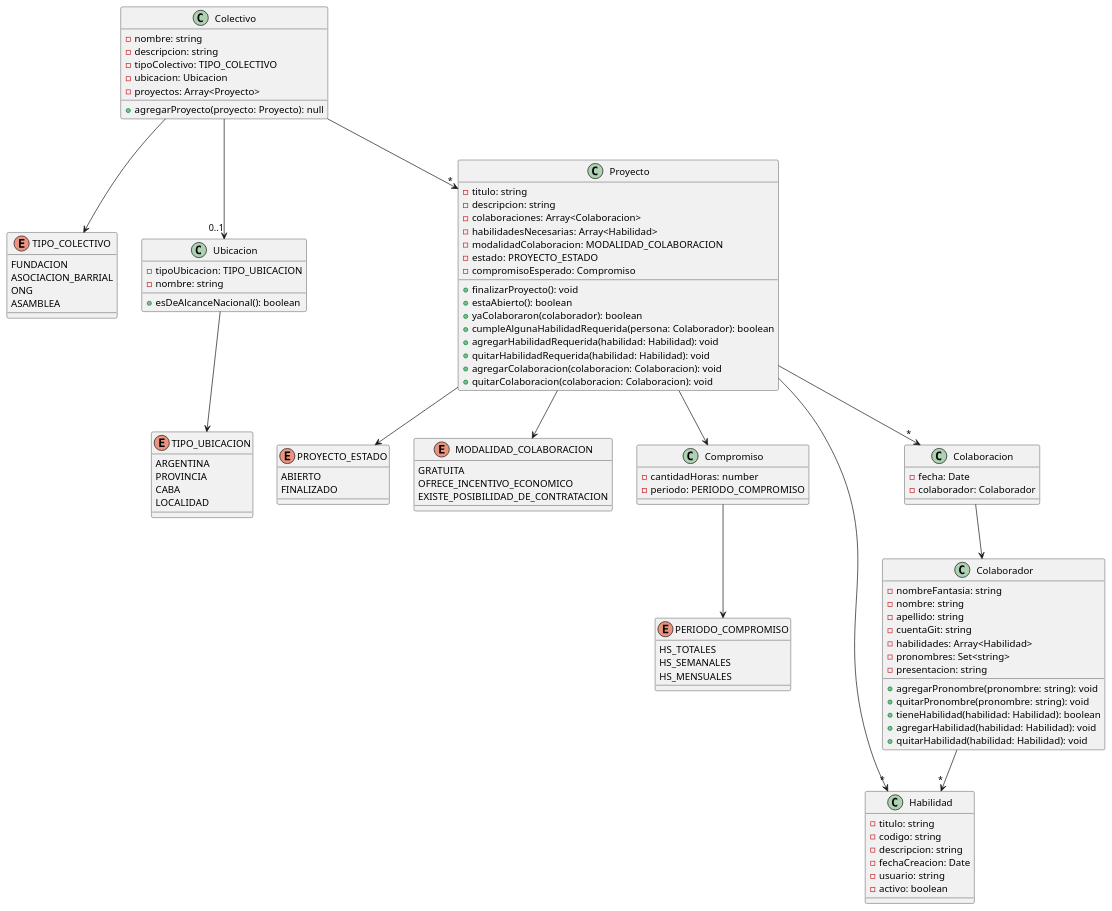
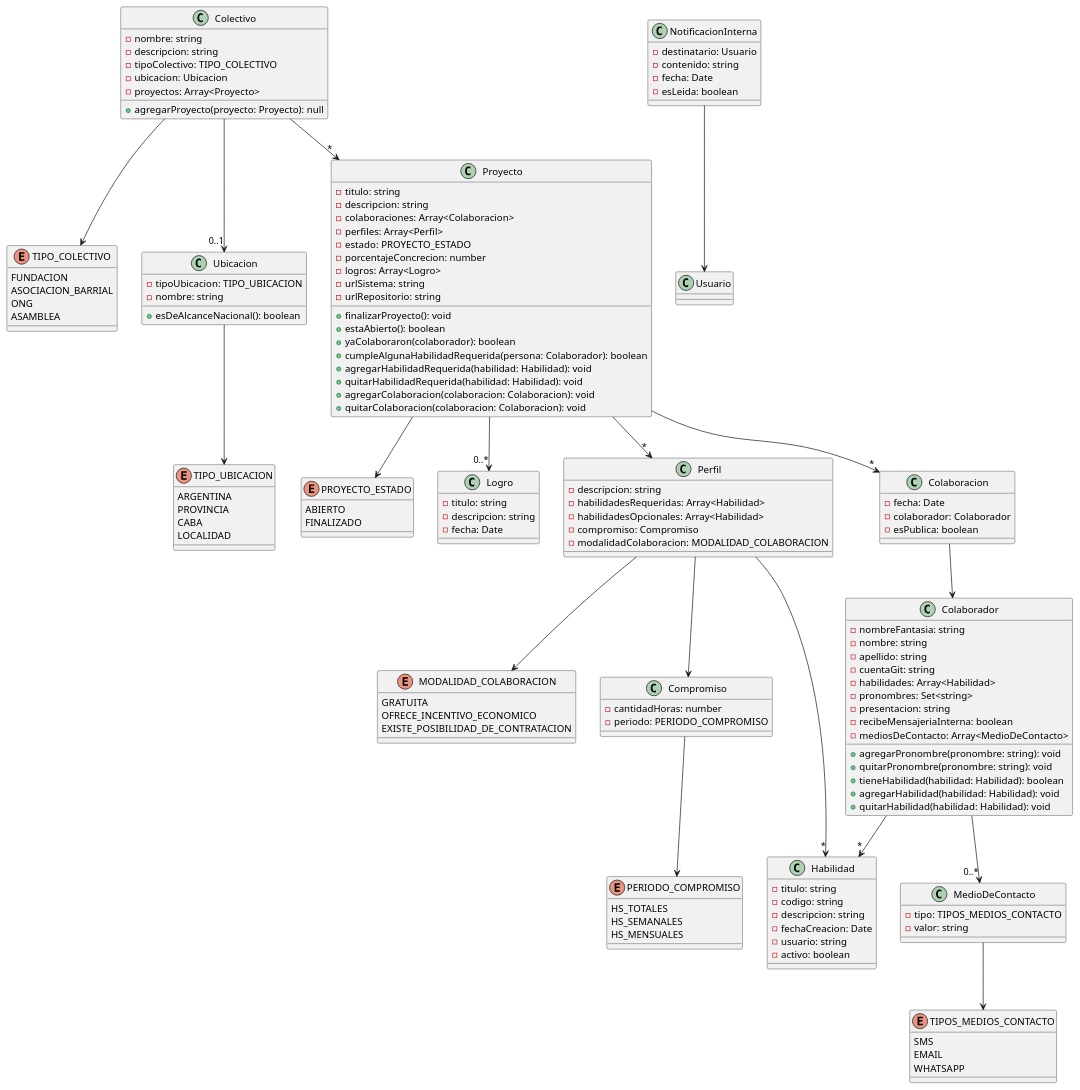
Before and after one commit to Mazzini123/tp-desarrollo-2c-2026: the diagram in diagrama_clases/diagrama_clases.puml, drawn with PlantUML. The commit also changed 26 other files, not shown here.

```diff
--- a/diagrama_clases/diagrama_clases.puml
+++ b/diagrama_clases/diagrama_clases.puml
@@ -1,126 +1,175 @@
 @startuml
 
 ' ───────────────────────── Colectivo y Ubicación ─────────────────────────
 
 class Colectivo {
   -nombre: string
   -descripcion: string
   -tipoColectivo: TIPO_COLECTIVO
   -ubicacion: Ubicacion
   -proyectos: Array<Proyecto>
 
   +agregarProyecto(proyecto: Proyecto): null
 }
 
 enum TIPO_COLECTIVO {
   FUNDACION
   ASOCIACION_BARRIAL
   ONG
   ASAMBLEA
 }
 
 class Ubicacion {
   -tipoUbicacion: TIPO_UBICACION
   -nombre: string
 
   +esDeAlcanceNacional(): boolean
 }
 
 enum TIPO_UBICACION {
   ARGENTINA
   PROVINCIA
   CABA
   LOCALIDAD
 }
 
 Colectivo --> TIPO_COLECTIVO
 Colectivo --> "*" Proyecto
 Colectivo --> "0..1" Ubicacion
 Ubicacion --> TIPO_UBICACION
 
 ' ───────────────────────── Proyecto y Compromiso ─────────────────────────
 
 class Proyecto {
   -titulo: string
   -descripcion: string
   -colaboraciones: Array<Colaboracion>
-  -habilidadesNecesarias: Array<Habilidad>
-  -modalidadColaboracion: MODALIDAD_COLABORACION
+  -perfiles: Array<Perfil>
   -estado: PROYECTO_ESTADO
-  -compromisoEsperado: Compromiso
+  -porcentajeConcrecion: number
+  -logros: Array<Logro>
+  -urlSistema: string
+  -urlRepositorio: string
 
   +finalizarProyecto(): void
   +estaAbierto(): boolean
   +yaColaboraron(colaborador): boolean
   +cumpleAlgunaHabilidadRequerida(persona: Colaborador): boolean
   +agregarHabilidadRequerida(habilidad: Habilidad): void
   +quitarHabilidadRequerida(habilidad: Habilidad): void
   +agregarColaboracion(colaboracion: Colaboracion): void
   +quitarColaboracion(colaboracion: Colaboracion): void
 }
 
 enum PROYECTO_ESTADO {
   ABIERTO
   FINALIZADO
 }
 
 enum MODALIDAD_COLABORACION {
   GRATUITA
   OFRECE_INCENTIVO_ECONOMICO
   EXISTE_POSIBILIDAD_DE_CONTRATACION
 }
 
+class Logro {
+  -titulo: string
+  -descripcion: string
+  -fecha: Date
+
+}
+
 class Compromiso {
   -cantidadHoras: number
   -periodo: PERIODO_COMPROMISO
 }
 
 enum PERIODO_COMPROMISO {
   HS_TOTALES
   HS_SEMANALES
   HS_MENSUALES
 }
 
 Proyecto --> PROYECTO_ESTADO
-Proyecto --> Compromiso
-Proyecto --> MODALIDAD_COLABORACION
+Perfil --> Compromiso
+Perfil--> MODALIDAD_COLABORACION
+Proyecto -->"*" Perfil
+Proyecto --> "0..*" Logro
 Compromiso --> PERIODO_COMPROMISO
 
 ' ───────────────────────── Habilidad y Colaboración ─────────────────────────
+
+class Perfil {
+  -descripcion: string
+  -habilidadesRequeridas: Array<Habilidad>
+  -habilidadesOpcionales: Array<Habilidad>
+  -compromiso: Compromiso
+  -modalidadColaboracion: MODALIDAD_COLABORACION
+}
 
 class Habilidad {
   -titulo: string
   -codigo: string
   -descripcion: string
   -fechaCreacion: Date
   -usuario: string
   -activo: boolean
 }
 
 class Colaboracion {
   -fecha: Date
   -colaborador: Colaborador
+  -esPublica: boolean
 }
 
 class Colaborador {
   -nombreFantasia: string
   -nombre: string
   -apellido: string
   -cuentaGit: string
   -habilidades: Array<Habilidad>
   -pronombres: Set<string>
   -presentacion: string
+  -recibeMensajeriaInterna: boolean
+  -mediosDeContacto: Array<MedioDeContacto>
 
   +agregarPronombre(pronombre: string): void
   +quitarPronombre(pronombre: string): void
   +tieneHabilidad(habilidad: Habilidad): boolean
   +agregarHabilidad(habilidad: Habilidad): void
   +quitarHabilidad(habilidad: Habilidad): void
 }
 
-Proyecto --> "*" Habilidad
+Perfil --> "*" Habilidad
 Proyecto --> "*" Colaboracion
 Colaboracion --> Colaborador
 Colaborador --> "*" Habilidad
+Colaborador --> "0..*" MedioDeContacto
+
+class MedioDeContacto {
+    -tipo: TIPOS_MEDIOS_CONTACTO
+    -valor: string
+}
+
+enum TIPOS_MEDIOS_CONTACTO {
+    SMS
+    EMAIL
+    WHATSAPP
+}
+
+MedioDeContacto --> TIPOS_MEDIOS_CONTACTO
+
+class NotificacionInterna {
+  -destinatario: Usuario
+  -contenido: string
+  -fecha: Date
+  -esLeida: boolean
+}
+
+class Usuario {
+
+}
+
+NotificacionInterna --> Usuario
 
 @enduml
```
